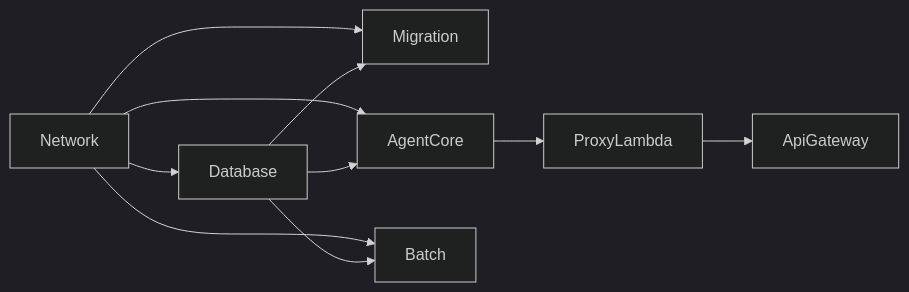
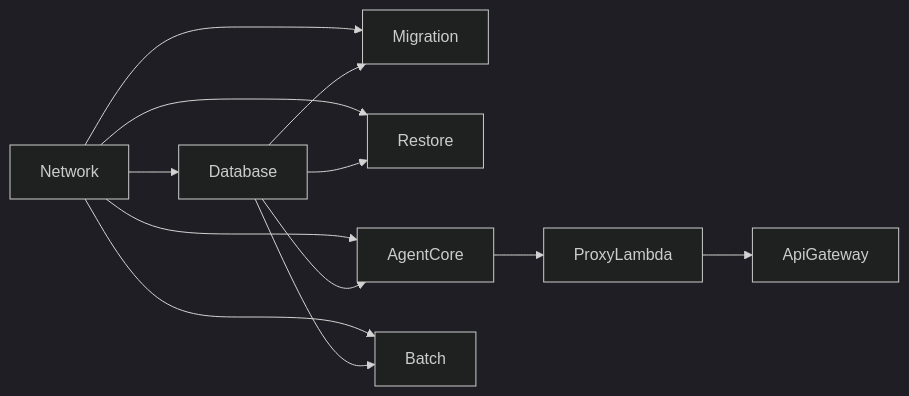
One commit to sori883/myfriend changed the second of 2 diagrams in docs/設計/AWS/アーキテクチャ概要.md. Above: the diagram before and after it, drawn with Mermaid (dark theme). The commit also changed other lines of this file and 23 other files, not shown here.

````diff
--- a/docs/設計/AWS/アーキテクチャ概要.md
+++ b/docs/設計/AWS/アーキテクチャ概要.md
@@ -73,12 +78,14 @@
 ```mermaid
 graph LR
     NET["Network"] --> DB["Database"]
     NET --> MIG["Migration"]
+    NET --> RST["Restore"]
     NET --> AC["AgentCore"]
     NET --> BATCH["Batch"]
     DB --> MIG
+    DB --> RST
     DB --> AC
     DB --> BATCH
     AC --> PL["ProxyLambda"]
     PL --> APIGW["ApiGateway"]
 ```
````
